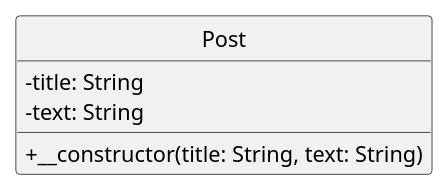
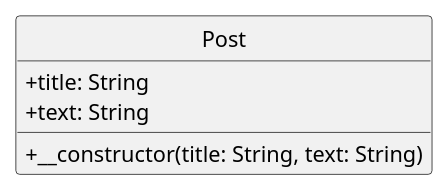
The diagram in core/object/code/visibility/assets/PostDefault.pu (ifpb/php-guide), drawn with PlantUML before and after one commit. The commit also changed 9 other files, not shown here.

```diff
--- a/core/object/code/visibility/assets/PostDefault.pu
+++ b/core/object/code/visibility/assets/PostDefault.pu
@@ -1,11 +1,11 @@
 @startuml
 skinparam classAttributeIconSize 0
 skinparam monochrome true
 hide circle
 
 class Post {
-  -title: String
-  -text: String
+  +title: String
+  +text: String
   +__constructor(title: String, text: String)
 }
 @enduml
```
